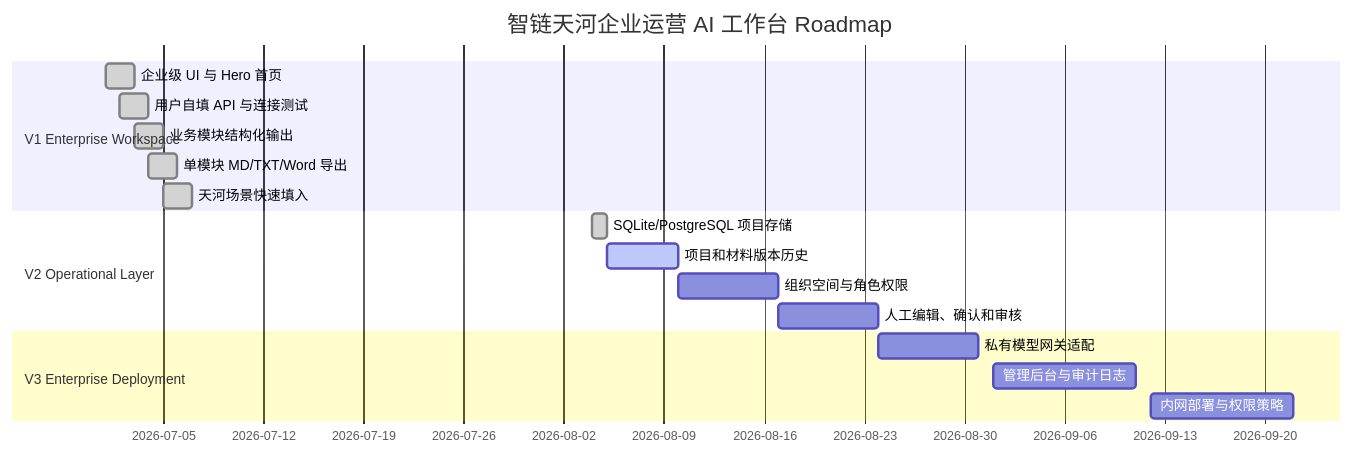
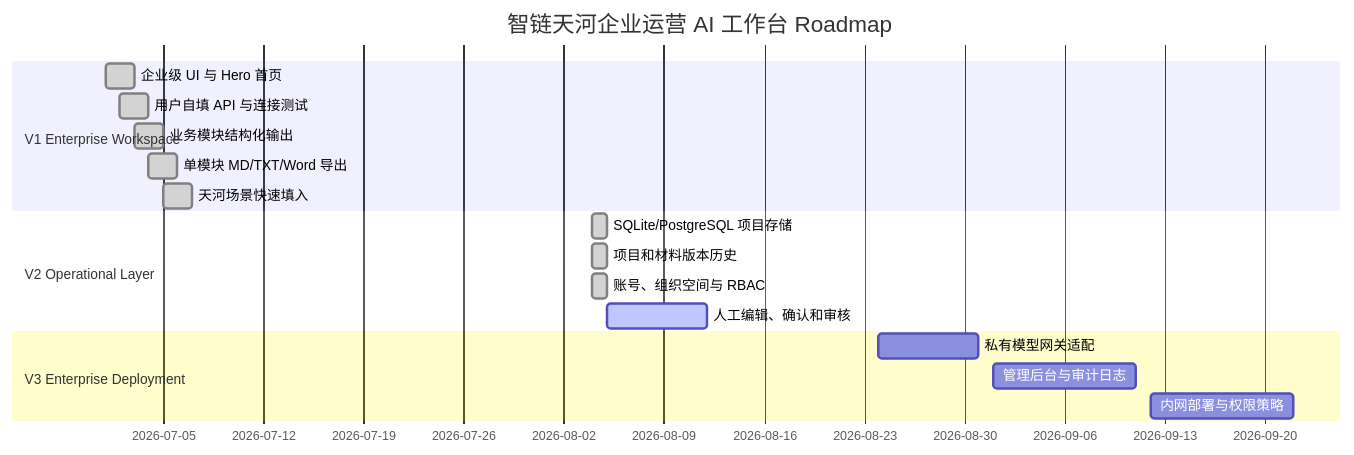
The sixth of 6 diagrams in README.md (liqinglq666/zhilink-tianhe-enterprise-ai-workspace), drawn with Mermaid before and after one commit. The commit also changed other lines of this file, not shown here.

````diff
--- a/README.md
+++ b/README.md
@@ -688,23 +725,23 @@
 ```mermaid
 gantt
     title 智链天河企业运营 AI 工作台 Roadmap
     dateFormat  YYYY-MM-DD
 
     section V1 Enterprise Workspace
     企业级 UI 与 Hero 首页            :done, v1a, 2026-07-01, 2d
     用户自填 API 与连接测试            :done, v1b, 2026-07-02, 2d
     业务模块结构化输出                 :done, v1c, 2026-07-03, 2d
     单模块 MD/TXT/Word 导出            :done, v1d, 2026-07-04, 2d
     天河场景快速填入                   :done, v1e, 2026-07-05, 2d
 
     section V2 Operational Layer
     SQLite/PostgreSQL 项目存储         :done, v2a, 2026-08-04, 1d
-    项目和材料版本历史                 :active, v2b, 2026-08-05, 5d
-    组织空间与角色权限                 :v2c, 2026-08-10, 7d
-    人工编辑、确认和审核               :v2d, 2026-08-17, 7d
+    项目和材料版本历史                 :done, v2b, 2026-08-04, 1d
+    账号、组织空间与 RBAC              :done, v2c, 2026-08-04, 1d
+    人工编辑、确认和审核               :active, v2d, 2026-08-05, 7d
 
     section V3 Enterprise Deployment
     私有模型网关适配                   :v3a, 2026-08-24, 7d
     管理后台与审计日志                 :v3b, 2026-09-01, 10d
     内网部署与权限策略                 :v3c, 2026-09-12, 10d
 ```
````
